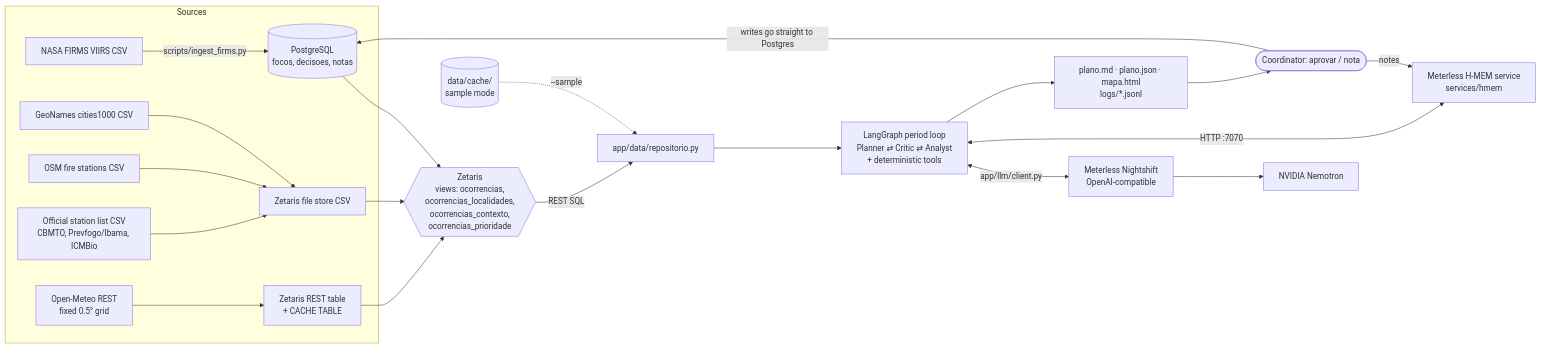
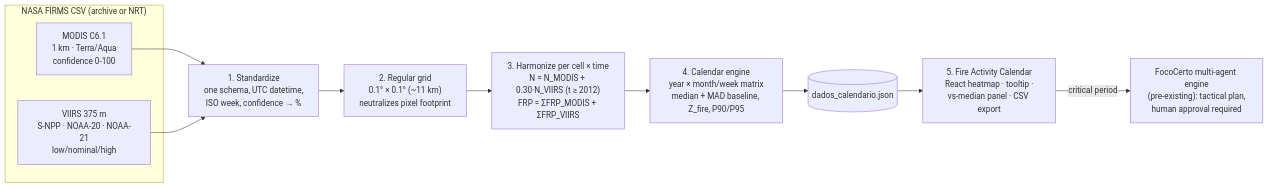
One commit to ufsm-ecomp-genai/fococerto.spaceapps changed the diagram in README.md. Above: the diagram before and after it, drawn with Mermaid. The commit also changed other lines of this file and 2 other files, not shown here.

First line of the commit message:
docs(readme): rewrite main README as NASA Space Apps 2026 showcase (task 05)

````diff
--- a/README.md
+++ b/README.md
@@ -105,22 +88,15 @@
 ```mermaid
 flowchart LR
-  subgraph Sources
-    FIRMS[NASA FIRMS VIIRS CSV] -->|scripts/ingest_firms.py| PG[(PostgreSQL<br/>focos, decisoes, notas)]
-    GEO[GeoNames cities1000 CSV] --> FS[Zetaris file store CSV]
-    OSM[OSM fire stations CSV] --> FS
-    OFI[Official station list CSV<br/>CBMTO, Prevfogo/Ibama, ICMBio] --> FS
-    OM[Open-Meteo REST<br/>fixed 0.5° grid] --> REST[Zetaris REST table<br/>+ CACHE TABLE]
+  subgraph FIRMS ["NASA FIRMS CSV (archive or NRT)"]
+    M["MODIS C6.1<br/>1 km · Terra/Aqua<br/>confidence 0-100"]
+    V["VIIRS 375 m<br/>S-NPP · NOAA-20 · NOAA-21<br/>low/nominal/high"]
   end
-  PG --> Z{{Zetaris<br/>views: ocorrencias,<br/>ocorrencias_localidades,<br/>ocorrencias_contexto,<br/>ocorrencias_prioridade}}
-  FS --> Z
-  REST --> Z
-  Z -->|REST SQL| REPO[app/data/repositorio.py]
-  CACHE[(data/cache/<br/>sample mode)] -.->|--sample| REPO
-  REPO --> GRAPH[LangGraph period loop<br/>Planner ⇄ Critic ⇄ Analyst<br/>+ deterministic tools]
-  GRAPH <-->|app/llm/client.py| NS[Meterless Nightshift<br/>OpenAI-compatible] --> NV[NVIDIA Nemotron]
-  GRAPH <-->|HTTP :7070| HMEM[Meterless H-MEM service<br/>services/hmem]
-  GRAPH --> OUT[plano.md · plano.json · mapa.html<br/>logs/*.jsonl]
-  OUT --> COORD([Coordinator: aprovar / nota])
-  COORD -->|writes go straight to Postgres| PG
-  COORD -->|notes| HMEM
+  M --> S["1. Standardize<br/>one schema, UTC datetime,<br/>ISO week, confidence → %"]
+  V --> S
+  S --> G["2. Regular grid<br/>0.1° × 0.1° (~11 km)<br/>neutralizes pixel footprint"]
+  G --> H["3. Harmonize per cell × time<br/>N = N_MODIS + 0.30·N_VIIRS (t ≥ 2012)<br/>FRP = ΣFRP_MODIS + ΣFRP_VIIRS"]
+  H --> C["4. Calendar engine<br/>year × month/week matrix<br/>median + MAD baseline, Z_fire, P90/P95"]
+  C --> J[("dados_calendario.json")]
+  J --> UI["5. Fire Activity Calendar<br/>React heatmap · tooltip ·<br/>vs-median panel · CSV export"]
+  UI -->|critical period| AI["FocoCerto multi-agent engine<br/>(pre-existing): tactical plan,<br/>human approval required"]
 ```
````
